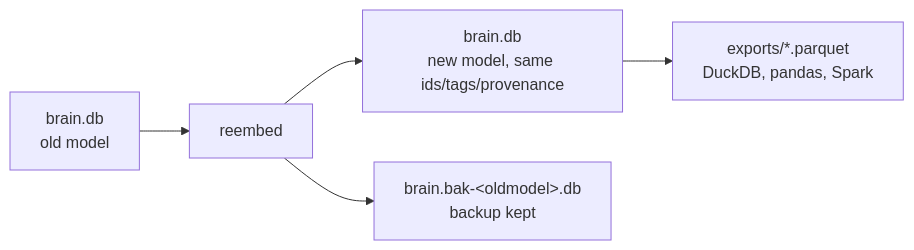
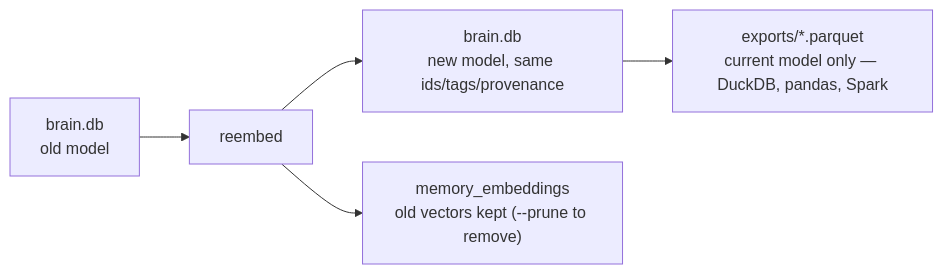
One commit to krokrolabs/rusty-brain changed the fifth of 5 diagrams in README.md. Above: the diagram before and after it, drawn with Mermaid. The commit also changed other lines of this file and 13 other files, not shown here.

First line of the commit message:
feat: split embeddings into memory_embeddings (schema 3)

````diff
--- a/README.md
+++ b/README.md
@@ -125,7 +125,7 @@
 ```mermaid
 flowchart LR
-    A[brain.db<br/>old model] --> R[reembed]
-    R --> N[brain.db<br/>new model, same ids/tags/provenance]
-    R --> K[brain.bak-&lt;oldmodel&gt;.db<br/>backup kept]
-    N --> E[exports/*.parquet<br/>DuckDB, pandas, Spark]
+    A["brain.db<br/>old model"] --> R["reembed"]
+    R --> N["brain.db<br/>new model, same ids/tags/provenance"]
+    R --> K["memory_embeddings<br/>old vectors kept (--prune to remove)"]
+    N --> E["exports/*.parquet<br/>current model only — DuckDB, pandas, Spark"]
 ```
````
